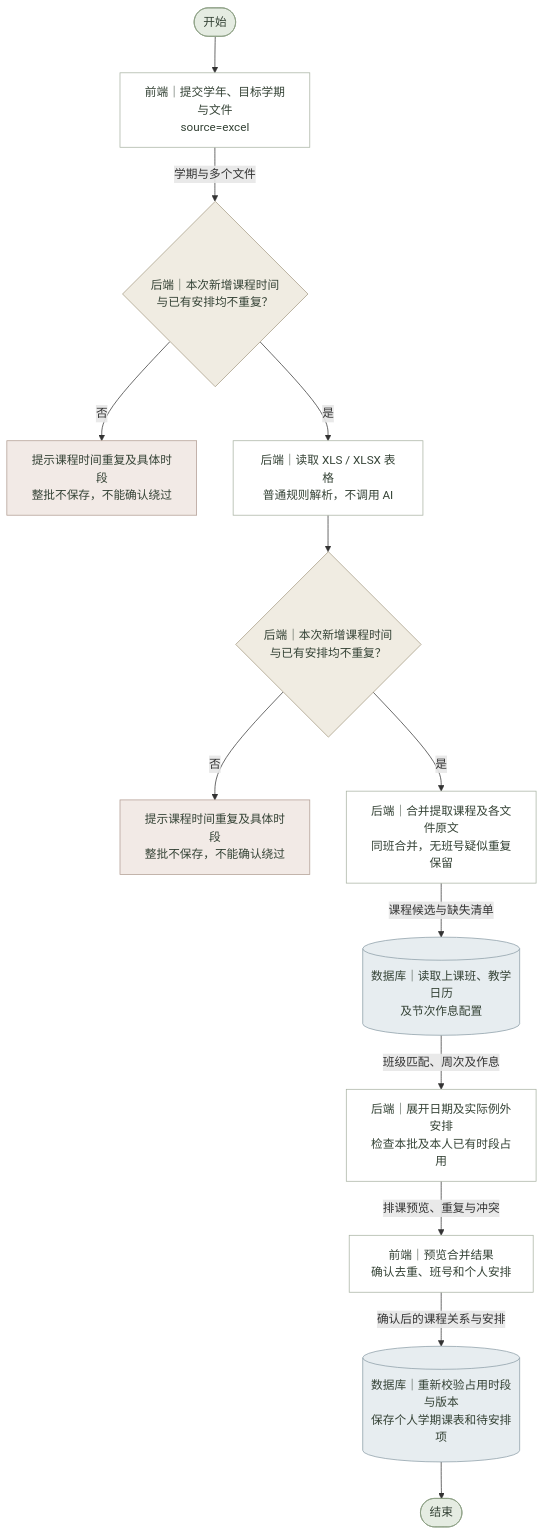
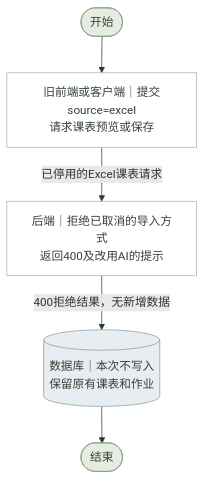
Before and after one commit to lichen-lc123/class-assistant: the diagram in 需求文档/课表功能/流程图源文件/系统流程图/Excel课表导入.mmd, drawn with Mermaid. The commit also changed 149 other files, not shown here.

```diff
--- a/需求文档/课表功能/流程图源文件/系统流程图/Excel课表导入.mmd
+++ b/需求文档/课表功能/流程图源文件/系统流程图/Excel课表导入.mmd
@@ -1,45 +1,21 @@
 %% Excel课表导入 · 系统流程图 · V1.0 · 2026-11-02
 flowchart TD
     N0(["开始"])
-    N1["前端｜提交学年、目标学期与文件<br/>source=excel"]
-    N2{"后端｜本次新增课程时间<br/>与已有安排均不重复？"}
-    B2["提示课程时间重复及具体时段<br/>整批不保存，不能确认绕过"]
-    N3["后端｜读取 XLS / XLSX 表格<br/>普通规则解析，不调用 AI"]
-    N4{"后端｜本次新增课程时间<br/>与已有安排均不重复？"}
-    B4["提示课程时间重复及具体时段<br/>整批不保存，不能确认绕过"]
-    N5["后端｜合并提取课程及各文件原文<br/>同班合并，无班号疑似重复保留"]
-    N6[("数据库｜读取上课班、教学日历<br/>及节次作息配置")]
-    N7["后端｜展开日期及实际例外安排<br/>检查本批及本人已有时段占用"]
-    N8["前端｜预览合并结果<br/>确认去重、班号和个人安排"]
-    N9[("数据库｜重新校验占用时段与版本<br/>保存个人学期课表和待安排项")]
-    N10(["结束"])
+    N1["旧前端或客户端｜提交source=excel<br/>请求课表预览或保存"]
+    N2["后端｜拒绝已取消的导入方式<br/>返回400及改用AI的提示"]
+    N3[("数据库｜本次不写入<br/>保留原有课表和作业")]
+    N4(["结束"])
     N0 --> N1
-    N1 -->|学期与多个文件| N2
-    N2 -->|否| B2
-    N2 -->|是| N3
+    N1 -->|已停用的Excel课表请求| N2
+    N2 -->|400拒绝结果，无新增数据| N3
     N3 --> N4
-    N4 -->|否| B4
-    N4 -->|是| N5
-    N5 -->|课程候选与缺失清单| N6
-    N6 -->|班级匹配、周次及作息| N7
-    N7 -->|排课预览、重复与冲突| N8
-    N8 -->|确认后的课程关系与安排| N9
-    N9 --> N10
     classDef normal fill:#FFFFFF,stroke:#A8B2A2,color:#344235;
     classDef decision fill:#F0ECE2,stroke:#A69B83,color:#344235;
     classDef terminal fill:#E5ECE2,stroke:#8A9D82,color:#344235;
     classDef exception fill:#F2EAE6,stroke:#B09B91,color:#344235;
     classDef database fill:#E7EDF0,stroke:#8A9CA6,color:#344235;
     class N0 terminal;
     class N1 normal;
-    class N2 decision;
-    class B2 exception;
-    class N3 normal;
-    class N4 decision;
-    class B4 exception;
-    class N5 normal;
-    class N6 database;
-    class N7 normal;
-    class N8 normal;
-    class N9 database;
-    class N10 terminal;
+    class N2 normal;
+    class N3 database;
+    class N4 terminal;
```
